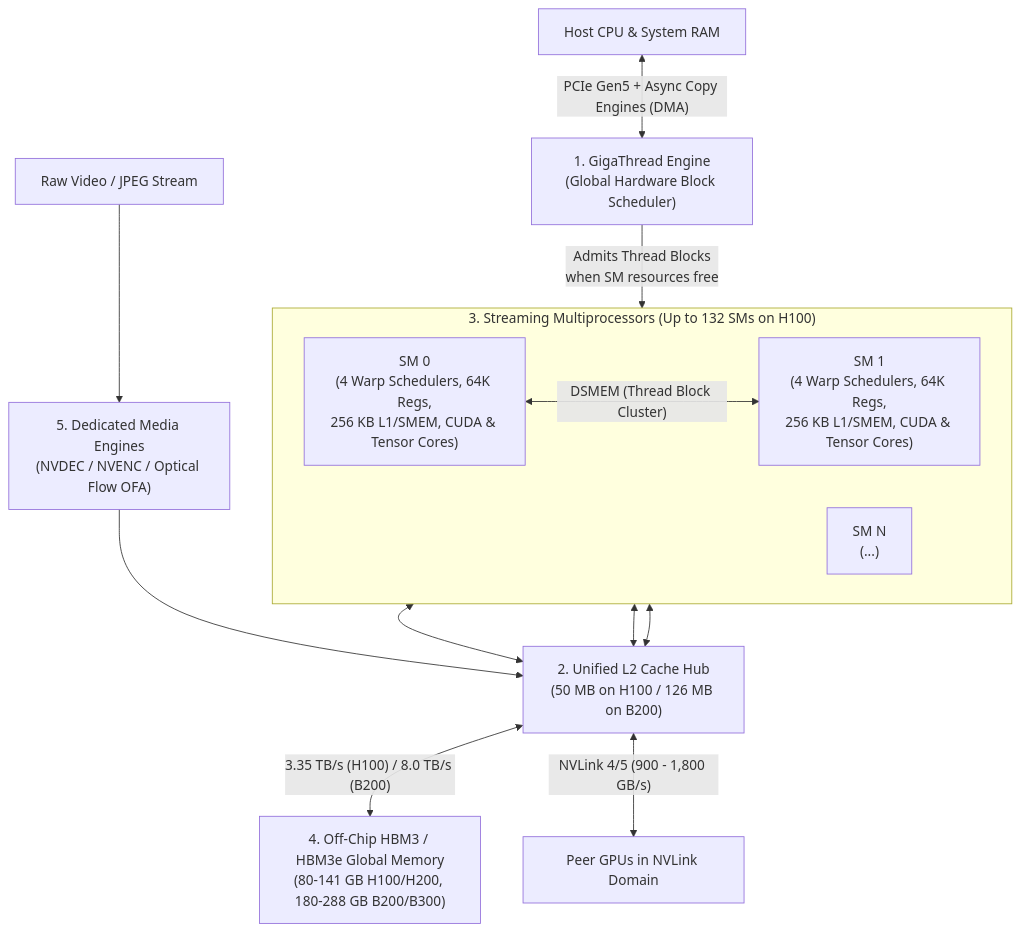
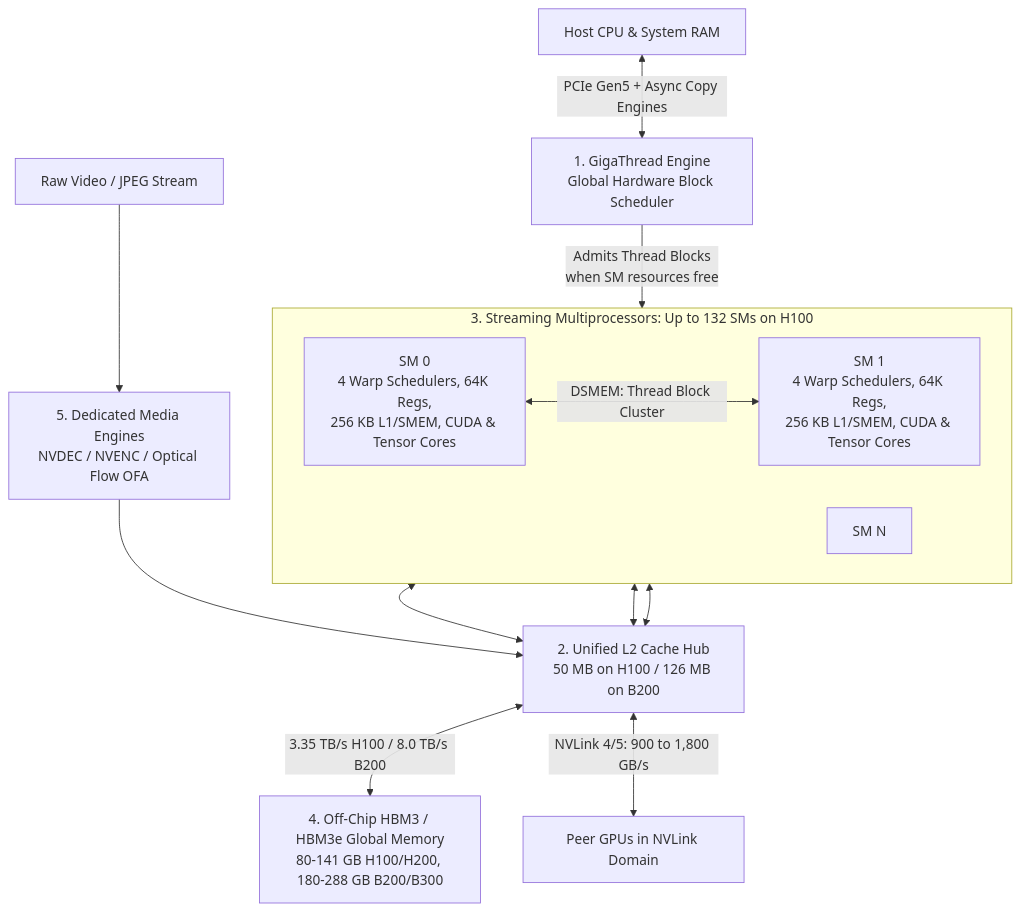
The first of 5 diagrams in docs/part-10-gpu-cuda/02-the-execution-model-threads-warps-blocks-and-sms.md (jithinpnjm/ai-infra-handbook), drawn with Mermaid before and after one commit. The commit also changed other lines of this file and 503 other files, not shown here.

````diff
--- a/docs/part-10-gpu-cuda/02-the-execution-model-threads-warps-blocks-and-sms.md
+++ b/docs/part-10-gpu-cuda/02-the-execution-model-threads-warps-blocks-and-sms.md
@@ -60,19 +74,19 @@
 ```mermaid
 flowchart TD
-    Host["Host CPU & System RAM"] <-->|"PCIe Gen5 + Async Copy Engines (DMA)"| GTE["1. GigaThread Engine<br/>(Global Hardware Block Scheduler)"]
-    Media["Raw Video / JPEG Stream"] --> NVDEC["5. Dedicated Media Engines<br/>(NVDEC / NVENC / Optical Flow OFA)"]
+    Host["Host CPU & System RAM"] <-->|"PCIe Gen5 + Async Copy Engines"| GTE["1. GigaThread Engine<br/>Global Hardware Block Scheduler"]
+    Media["Raw Video / JPEG Stream"] --> NVDEC["5. Dedicated Media Engines<br/>NVDEC / NVENC / Optical Flow OFA"]
     GTE -->|"Admits Thread Blocks<br/>when SM resources free"| SMs
-    subgraph SMs["3. Streaming Multiprocessors (Up to 132 SMs on H100)"]
+    subgraph SMs["3. Streaming Multiprocessors: Up to 132 SMs on H100"]
         direction LR
-        SM0["SM 0<br/>(4 Warp Schedulers, 64K Regs,<br/>256 KB L1/SMEM, CUDA & Tensor Cores)"]
-        SM1["SM 1<br/>(4 Warp Schedulers, 64K Regs,<br/>256 KB L1/SMEM, CUDA & Tensor Cores)"]
-        SMN["SM N<br/>(...)"]
-        SM0 <-->|"DSMEM (Thread Block Cluster)"| SM1
+        SM0["SM 0<br/>4 Warp Schedulers, 64K Regs,<br/>256 KB L1/SMEM, CUDA & Tensor Cores"]
+        SM1["SM 1<br/>4 Warp Schedulers, 64K Regs,<br/>256 KB L1/SMEM, CUDA & Tensor Cores"]
+        SMN["SM N"]
+        SM0 <-->|"DSMEM: Thread Block Cluster"| SM1
     end
-    SM0 <--> L2["2. Unified L2 Cache Hub<br/>(50 MB on H100 / 126 MB on B200)"]
+    SM0 <--> L2["2. Unified L2 Cache Hub<br/>50 MB on H100 / 126 MB on B200"]
     SM1 <--> L2
     SMN <--> L2
     NVDEC --> L2
-    L2 <-->|"3.35 TB/s (H100) / 8.0 TB/s (B200)"| HBM["4. Off-Chip HBM3 / HBM3e Global Memory<br/>(80-141 GB H100/H200, 180-288 GB B200/B300)"]
-    L2 <-->|"NVLink 4/5 (900 - 1,800 GB/s)"| Peer["Peer GPUs in NVLink Domain"]
+    L2 <-->|"3.35 TB/s H100 / 8.0 TB/s B200"| HBM["4. Off-Chip HBM3 / HBM3e Global Memory<br/>80-141 GB H100/H200, 180-288 GB B200/B300"]
+    L2 <-->|"NVLink 4/5: 900 to 1,800 GB/s"| Peer["Peer GPUs in NVLink Domain"]
 ```
````
